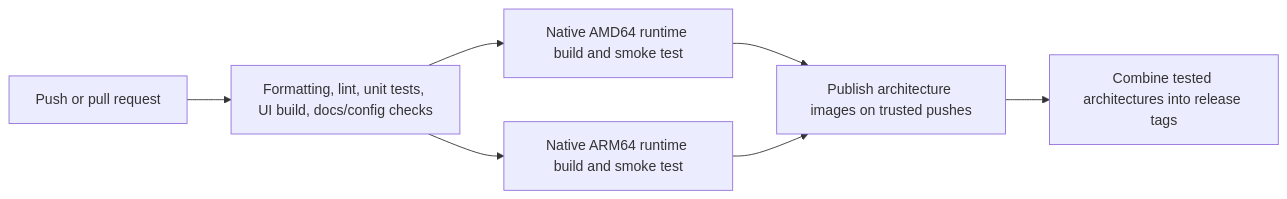
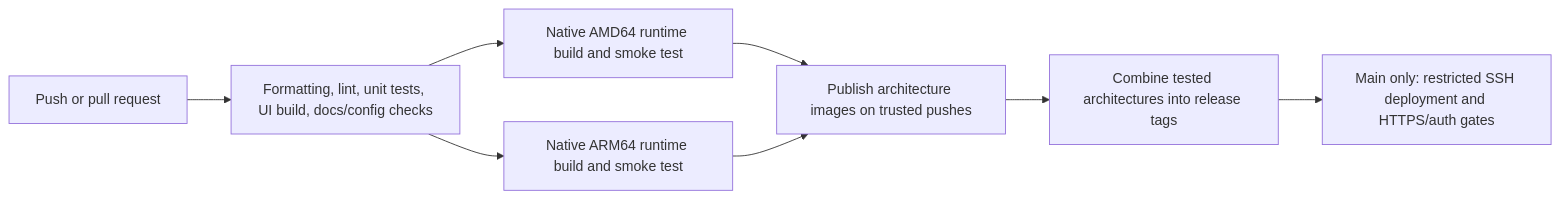
The diagram in docs/course/delivery.md (kaw393939/is373-rust-rag), drawn with Mermaid before and after one commit. The commit also changed other lines of this file and 46 other files, not shown here.

Commit message:
Add invite-only Ordo accounts, governed administration and hosted deployment

````diff
--- a/docs/course/delivery.md
+++ b/docs/course/delivery.md
@@ -30,9 +30,10 @@
 ```mermaid
 flowchart LR
   A[Push or pull request] --> B[Formatting, lint, unit tests, UI build, docs/config checks]
   B --> C[Native AMD64 runtime build and smoke test]
   B --> D[Native ARM64 runtime build and smoke test]
   C --> E[Publish architecture images on trusted pushes]
   D --> E
   E --> F[Combine tested architectures into release tags]
+  F --> G[Main only: restricted SSH deployment and HTTPS/auth gates]
 ```
````
